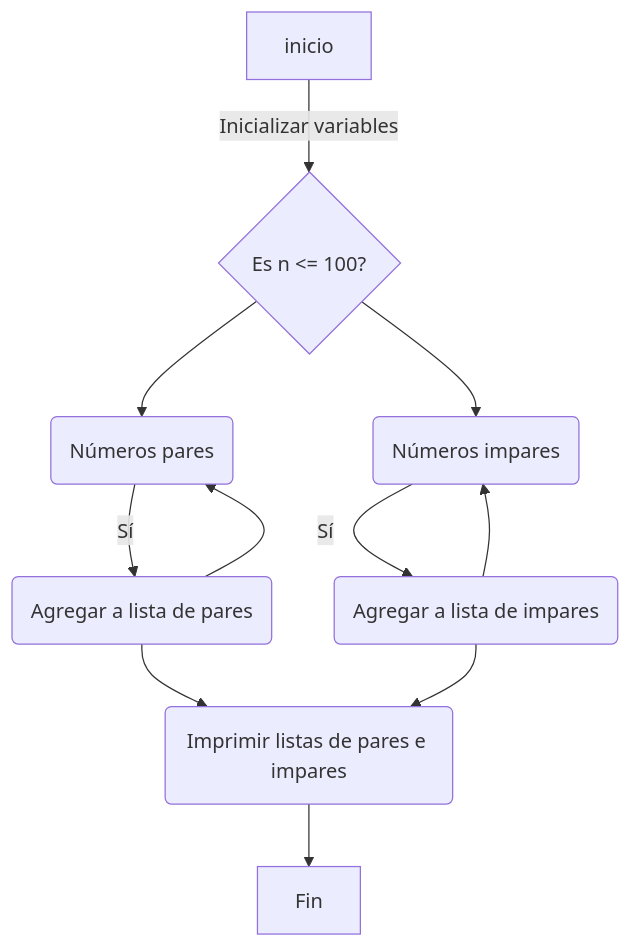
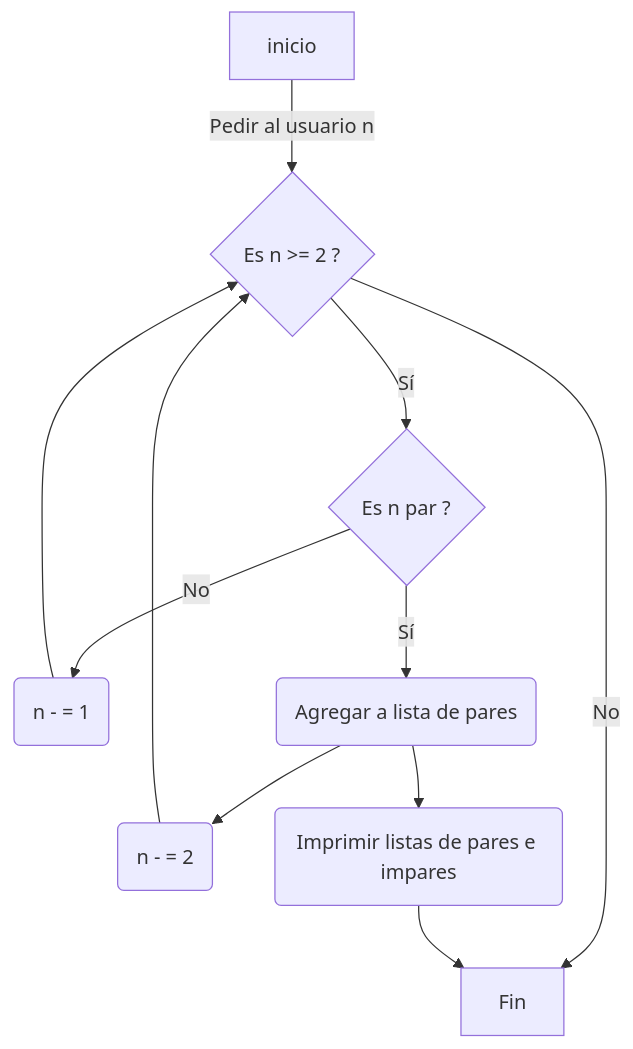
One commit to jeriosv/reto_7 changed the second of 2 diagrams in README.md. Above: the diagram before and after it, drawn with Mermaid.

````diff
--- a/README.md
+++ b/README.md
@@ -46,14 +46,13 @@
 ```mermaid
 graph TD;
-   A[inicio] -->|Inicializar variables| C{Es n <= 100?};
-   
-   C -->D(Números impares);
-   C -->E(Números pares);
-   D -->|Sí| H(Agregar a lista de impares);
-   H -->D;
+   A[inicio] -->|Pedir al usuario n| C{Es n >= 2 ?};
+   C -->|Sí| E{Es n par ?};
+   E-->|No| F(n - = 1)
+   F-->C
+   C-->|No| K
    E-->|Sí| I(Agregar a lista de pares);
-   I-->E;
+   I-->L(n - = 2)
+   L-->C
    I-->J(Imprimir listas de pares e impares);
-   H-->J;
    J-->K[Fin];
 ```   
````
